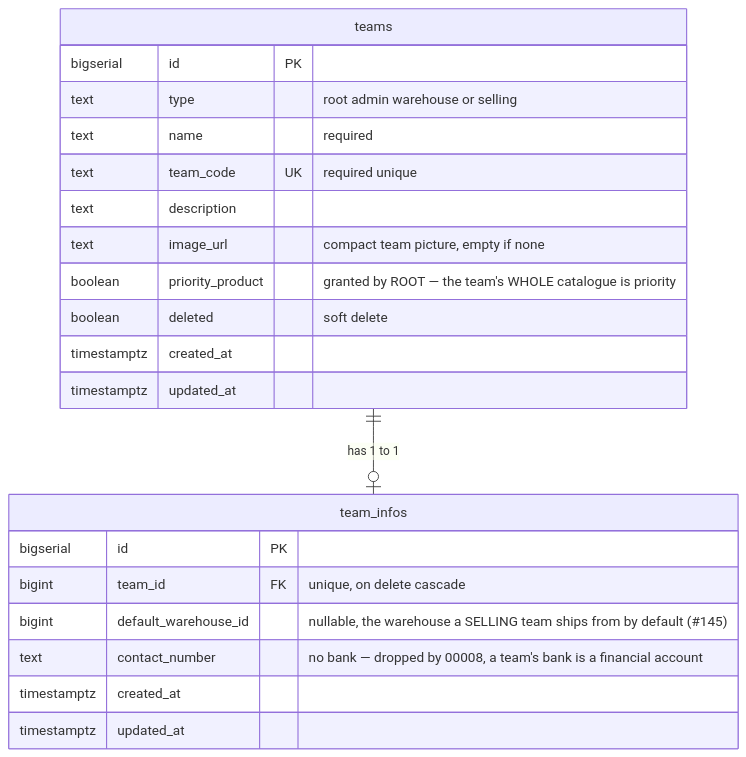
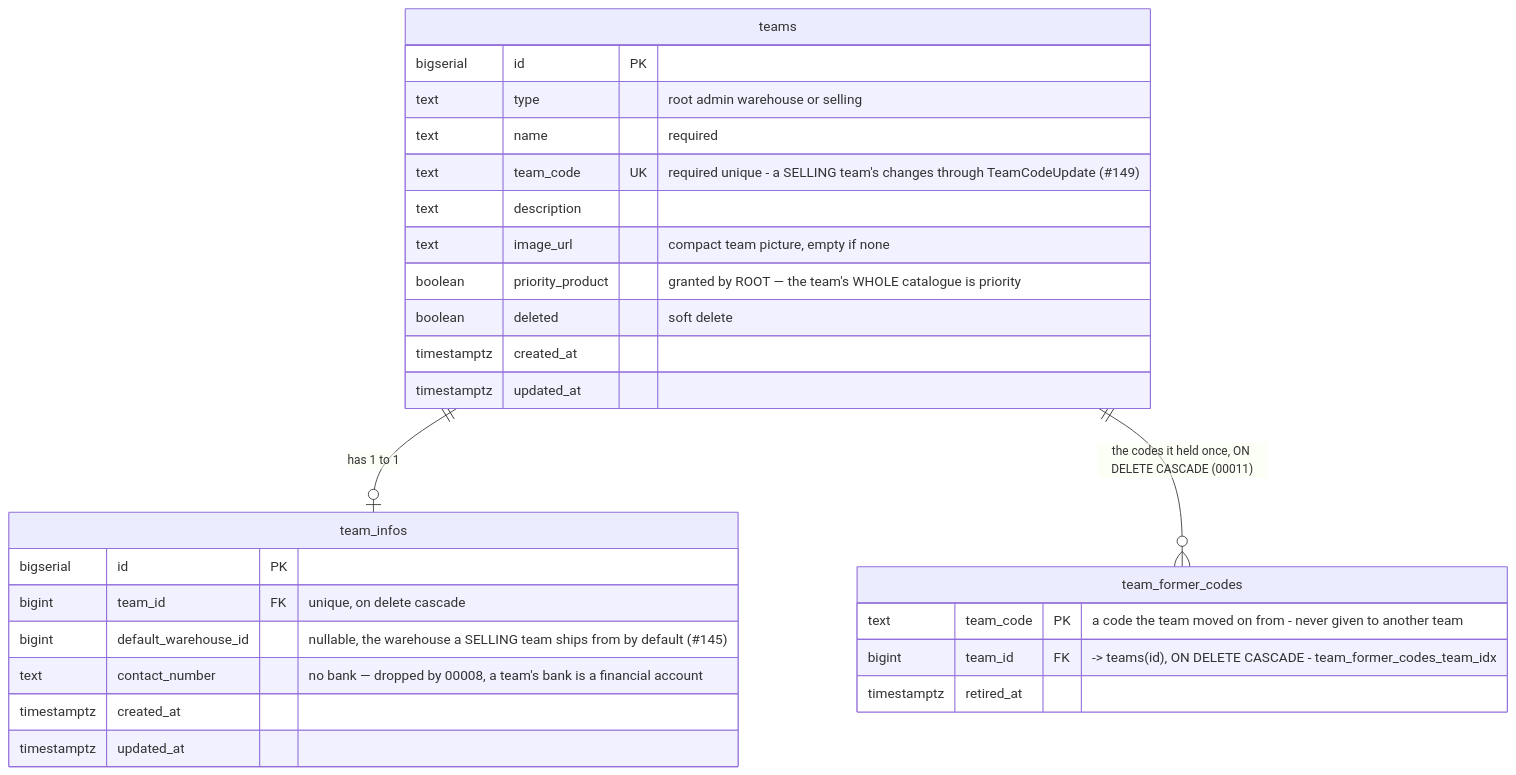
One commit to pdcgo/warehouse_revamp changed the first of 29 diagrams in docs/database-schema.md. Above: the diagram before and after it, drawn with Mermaid. The commit also changed other lines of this file and 462 other files, not shown here.

````diff
--- a/docs/database-schema.md
+++ b/docs/database-schema.md
@@ -18,27 +18,34 @@
 ```mermaid
 erDiagram
     teams ||--o| team_infos : "has 1 to 1"
+    teams ||--o{ team_former_codes : "the codes it held once, ON DELETE CASCADE (00011)"
 
     teams {
         bigserial   id          PK
         text        type        "root admin warehouse or selling"
         text        name        "required"
-        text        team_code   UK "required unique"
+        text        team_code   UK "required unique - a SELLING team's changes through TeamCodeUpdate (#149)"
         text        description
         text        image_url   "compact team picture, empty if none"
         boolean     priority_product "granted by ROOT — the team's WHOLE catalogue is priority"
         boolean     deleted     "soft delete"
         timestamptz created_at
         timestamptz updated_at
     }
 
     team_infos {
         bigserial   id                  PK
         bigint      team_id             FK "unique, on delete cascade"
         bigint      default_warehouse_id "nullable, the warehouse a SELLING team ships from by default (#145)"
         text        contact_number "no bank — dropped by 00008, a team's bank is a financial account"
         timestamptz created_at
         timestamptz updated_at
     }
 
+    team_former_codes {
+        text        team_code  PK "a code the team moved on from - never given to another team"
+        bigint      team_id    FK "-> teams(id), ON DELETE CASCADE - team_former_codes_team_idx"
+        timestamptz retired_at
+    }
+
 ```
````
